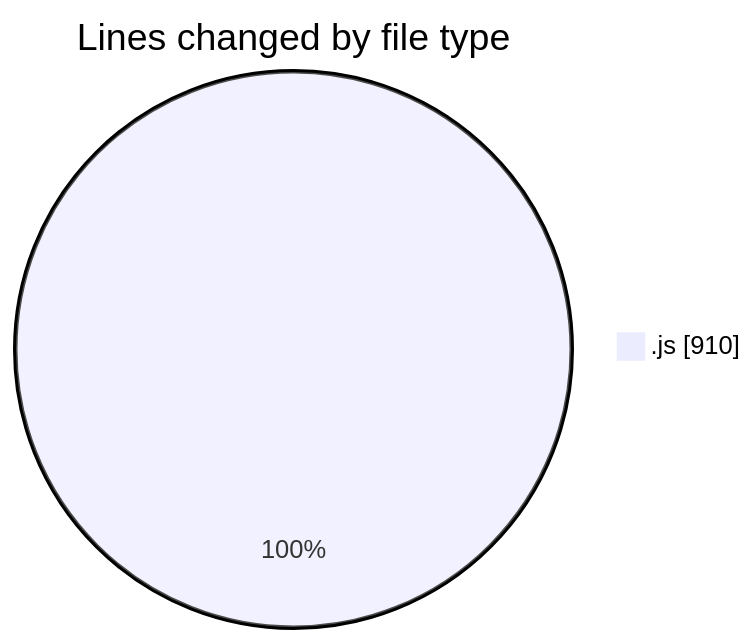
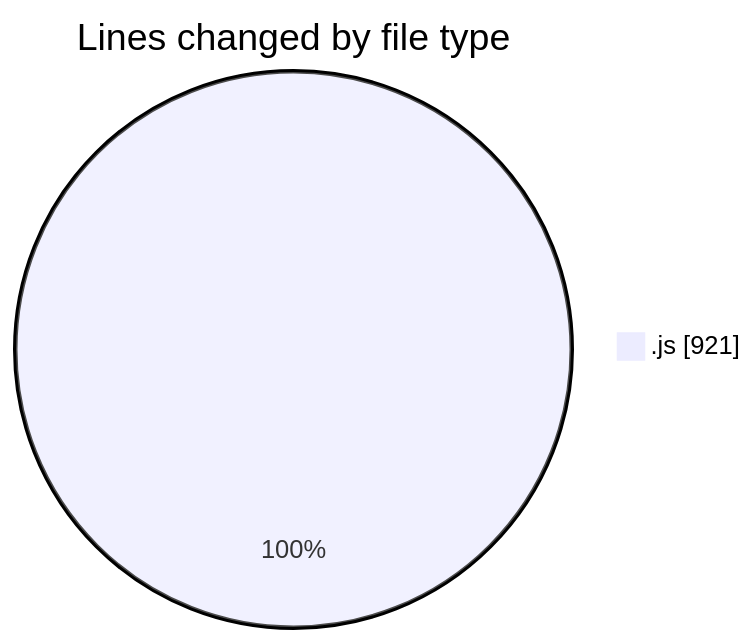
Before and after one commit to Ritupan-Deka/code-tracking: the first of 2 diagrams in 2025-07-26/javascript/README.md, drawn with Mermaid. The commit also changed other lines of this file and 1 other file, not shown here.

````diff
--- a/2025-07-26/javascript/README.md
+++ b/2025-07-26/javascript/README.md
@@ -21,5 +21,5 @@
 ```mermaid
 pie showData
 title Lines changed by file type
-".js" : 910
+".js" : 921
 ```
````
